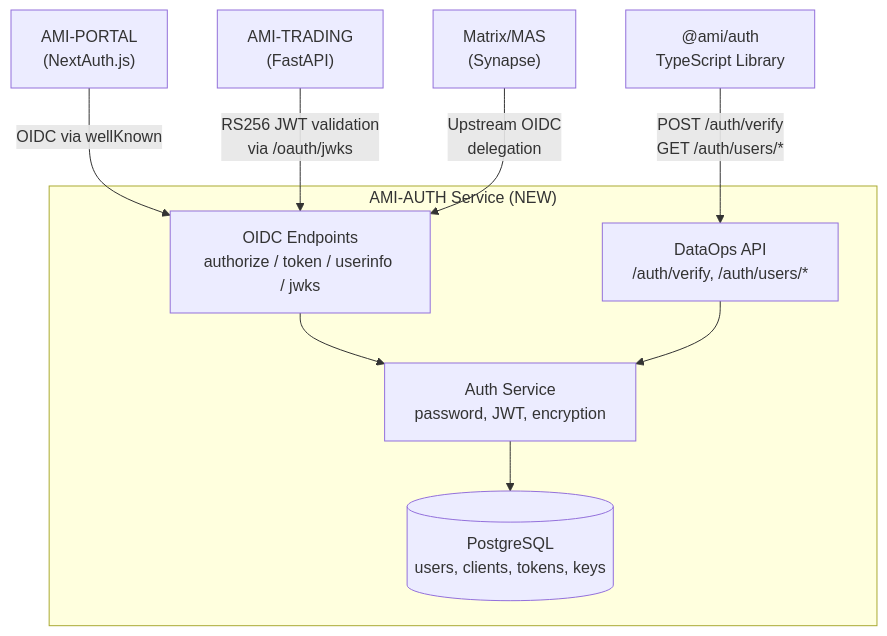
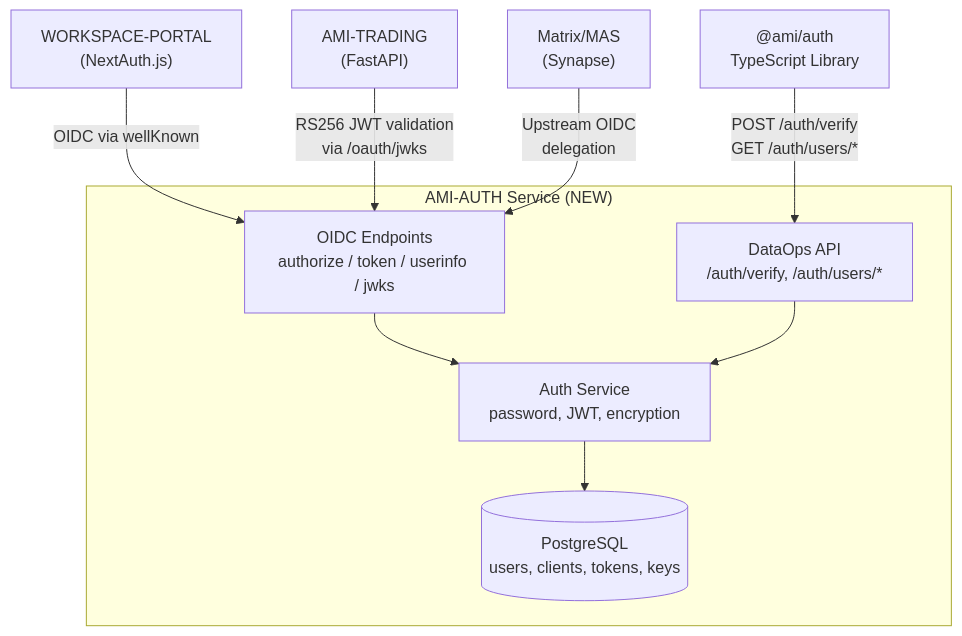
Before and after one commit to Independent-AI-Labs/WORKSPACE-VM: the first of 3 diagrams in docs/archive/v2/archive/SPEC-AUTH-OIDC-PROVIDER.md, drawn with Mermaid. The commit also changed other lines of this file and 27 other files, not shown here.

First line of the commit message:
refactor: rename AMI-PORTAL/AMI-STREAMS to WORKSPACE-PORTAL/WORKSPACE-STREAMS

````diff
--- a/docs/archive/v2/archive/SPEC-AUTH-OIDC-PROVIDER.md
+++ b/docs/archive/v2/archive/SPEC-AUTH-OIDC-PROVIDER.md
@@ -70,22 +70,22 @@
 ```mermaid
 flowchart TD
     subgraph "AMI-AUTH Service (NEW)"
         OIDC["OIDC Endpoints<br/>authorize / token / userinfo / jwks"]
         DataOps["DataOps API<br/>/auth/verify, /auth/users/*"]
         AuthCore["Auth Service<br/>password, JWT, encryption"]
         DB[(PostgreSQL<br/>users, clients, tokens, keys)]
     end
 
-    Portal["AMI-PORTAL<br/>(NextAuth.js)"]
+    Portal["WORKSPACE-PORTAL<br/>(NextAuth.js)"]
     Trading["AMI-TRADING<br/>(FastAPI)"]
     Matrix["Matrix/MAS<br/>(Synapse)"]
     TSLib["@ami/auth<br/>TypeScript Library"]
 
     Portal -->|"OIDC via wellKnown"| OIDC
     TSLib -->|"POST /auth/verify<br/>GET /auth/users/*"| DataOps
     Trading -->|"RS256 JWT validation<br/>via /oauth/jwks"| OIDC
     Matrix -->|"Upstream OIDC<br/>delegation"| OIDC
     OIDC --> AuthCore
     DataOps --> AuthCore
     AuthCore --> DB
 ```
````
